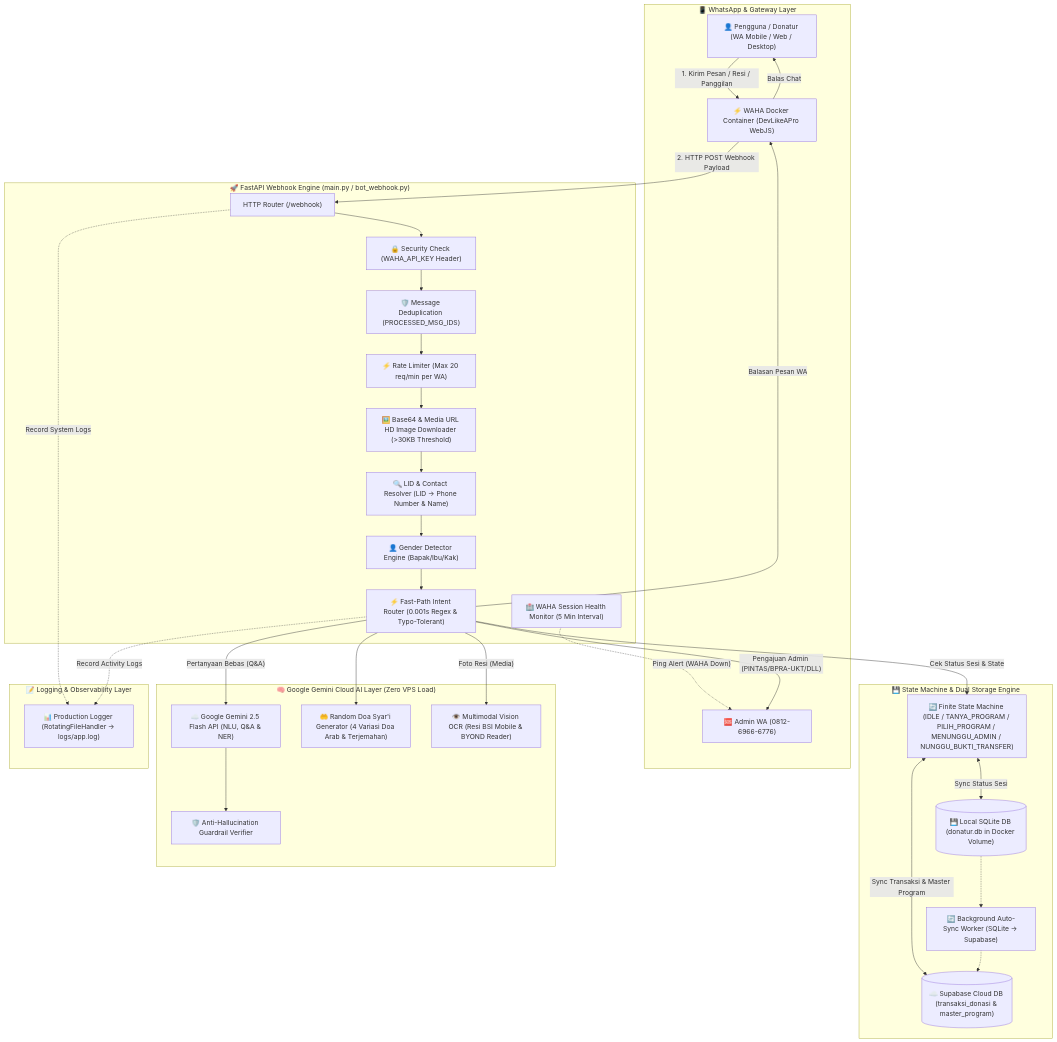
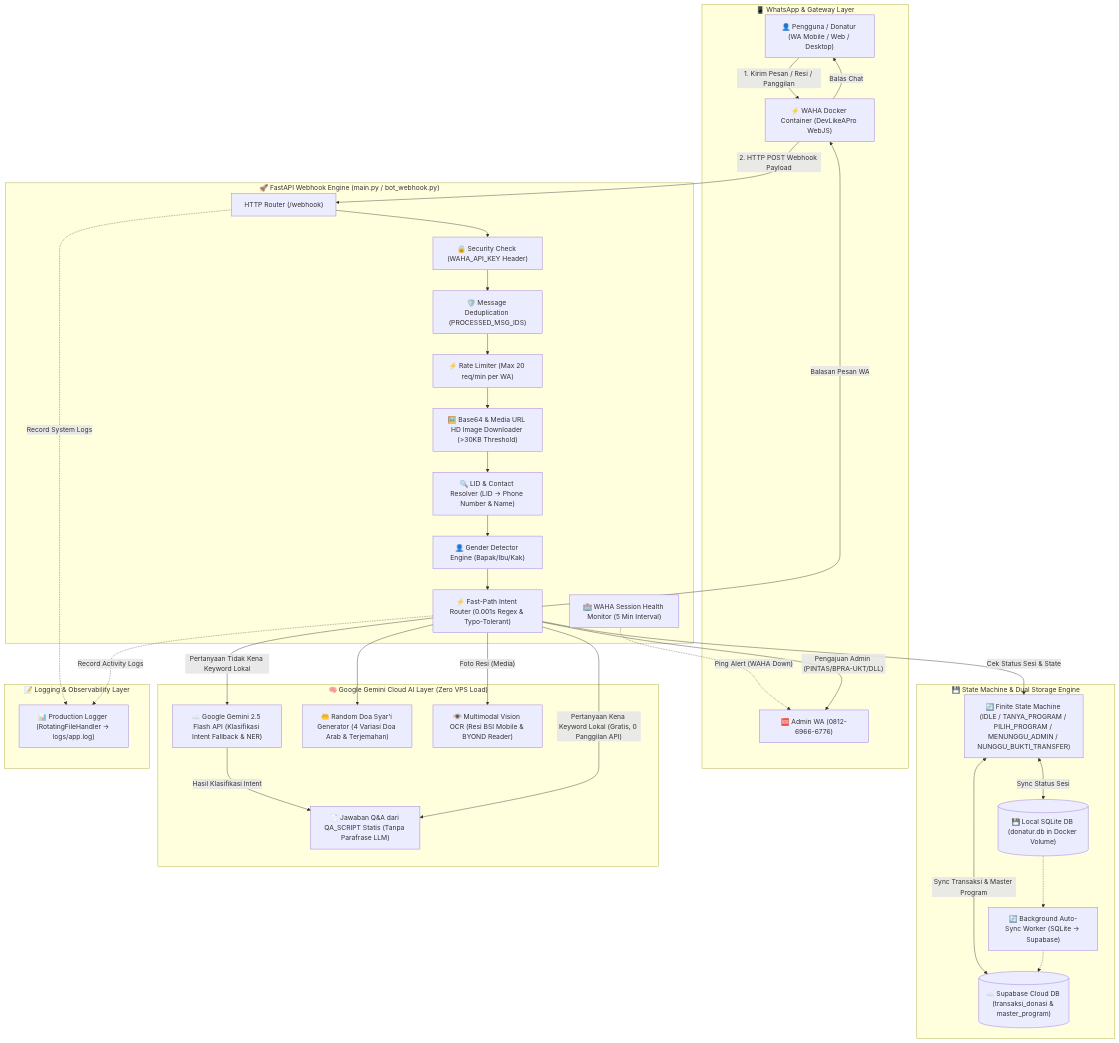
The first of 4 diagrams in README.md (WafiJackson/Chatbot_Rumah_Amal), drawn with Mermaid before and after one commit. The commit also changed other lines of this file and 9 other files, not shown here.

````diff
--- a/README.md
+++ b/README.md
@@ -11,67 +11,68 @@
 ```mermaid
 flowchart TD
     subgraph WA_Layer ["📱 WhatsApp & Gateway Layer"]
         User["👤 Pengguna / Donatur (WA Mobile / Web / Desktop)"]
         WAHA["⚡ WAHA Docker Container (DevLikeAPro WebJS)"]
         AdminWA["🆘 Admin WA (0812-6966-6776)"]
     end
 
     subgraph App_Layer ["🚀 FastAPI Webhook Engine (main.py / bot_webhook.py)"]
         Router["HTTP Router (/webhook)"]
         AuthCheck["🔒 Security Check (WAHA_API_KEY Header)"]
         Deduplication["🛡️ Message Deduplication (PROCESSED_MSG_IDS)"]
         RateLimiter["⚡ Rate Limiter (Max 20 req/min per WA)"]
         GenderEngine["👤 Gender Detector Engine (Bapak/Ibu/Kak)"]
         MediaDecoder["🖼️ Base64 & Media URL HD Image Downloader (>30KB Threshold)"]
         LIDResolver["🔍 LID & Contact Resolver (LID -> Phone Number & Name)"]
         FastPath["⚡ Fast-Path Intent Router (0.001s Regex & Typo-Tolerant)"]
         HealthCheck["🏥 WAHA Session Health Monitor (5 Min Interval)"]
     end
 
     subgraph State_Layer ["💾 State Machine & Dual Storage Engine"]
         FSM["🔄 Finite State Machine (IDLE / TANYA_PROGRAM / PILIH_PROGRAM / MENUNGGU_ADMIN / NUNGGU_BUKTI_TRANSFER)"]
         SQLiteDB[("💾 Local SQLite DB (donatur.db in Docker Volume)")]
         SupabaseDB[("☁️ Supabase Cloud DB (transaksi_donasi & master_program)")]
         AutoSync["🔄 Background Auto-Sync Worker (SQLite -> Supabase)"]
     end
 
     subgraph AI_Layer ["🧠 Google Gemini Cloud AI Layer (Zero VPS Load)"]
-        GeminiAPI["☁️ Google Gemini 2.5 Flash API (NLU, Q&A & NER)"]
+        GeminiAPI["☁️ Google Gemini 2.5 Flash API (Klasifikasi Intent Fallback & NER)"]
+        StaticQA["📄 Jawaban Q&A dari QA_SCRIPT Statis (Tanpa Parafrase LLM)"]
         DoaGen["🤲 Random Doa Syar'i Generator (4 Variasi Doa Arab & Terjemahan)"]
-        Guardrail["🛡️ Anti-Hallucination Guardrail Verifier"]
         VisionOCR["👁️ Multimodal Vision OCR (Resi BSI Mobile & BYOND Reader)"]
     end
 
     subgraph Log_Layer ["📝 Logging & Observability Layer"]
         ProdLogger["📊 Production Logger (RotatingFileHandler -> logs/app.log)"]
     end
 
     User -->|"1. Kirim Pesan / Resi / Panggilan"| WAHA
     WAHA -->|"2. HTTP POST Webhook Payload"| Router
     Router --> AuthCheck
     AuthCheck --> Deduplication
     Deduplication --> RateLimiter
     RateLimiter --> MediaDecoder
     MediaDecoder --> LIDResolver
     LIDResolver --> GenderEngine
     GenderEngine --> FastPath
 
     FastPath -->|"Cek Status Sesi & State"| FSM
     FSM <-->|"Sync Status Sesi"| SQLiteDB
     FSM <-->|"Sync Transaksi & Master Program"| SupabaseDB
     SQLiteDB -.-> AutoSync
     AutoSync -.-> SupabaseDB
 
     FastPath -->|"Foto Resi (Media)"| VisionOCR
-    FastPath -->|"Pertanyaan Bebas (Q&A)"| GeminiAPI
-    GeminiAPI --> Guardrail
+    FastPath -->|"Pertanyaan Tidak Kena Keyword Lokal"| GeminiAPI
+    GeminiAPI -->|"Hasil Klasifikasi Intent"| StaticQA
+    FastPath -->|"Pertanyaan Kena Keyword Lokal (Gratis, 0 Panggilan API)"| StaticQA
     FastPath --> DoaGen
 
     HealthCheck -.->|"Ping Alert (WAHA Down)"| AdminWA
     FastPath -->|"Pengajuan Admin (PINTAS/BPRA-UKT/DLL)"| AdminWA
     FastPath -->|"Balasan Pesan WA"| WAHA
     WAHA -->|"Balas Chat"| User
 
     Router -.->|"Record System Logs"| ProdLogger
     FastPath -.->|"Record Activity Logs"| ProdLogger
 ```
````
